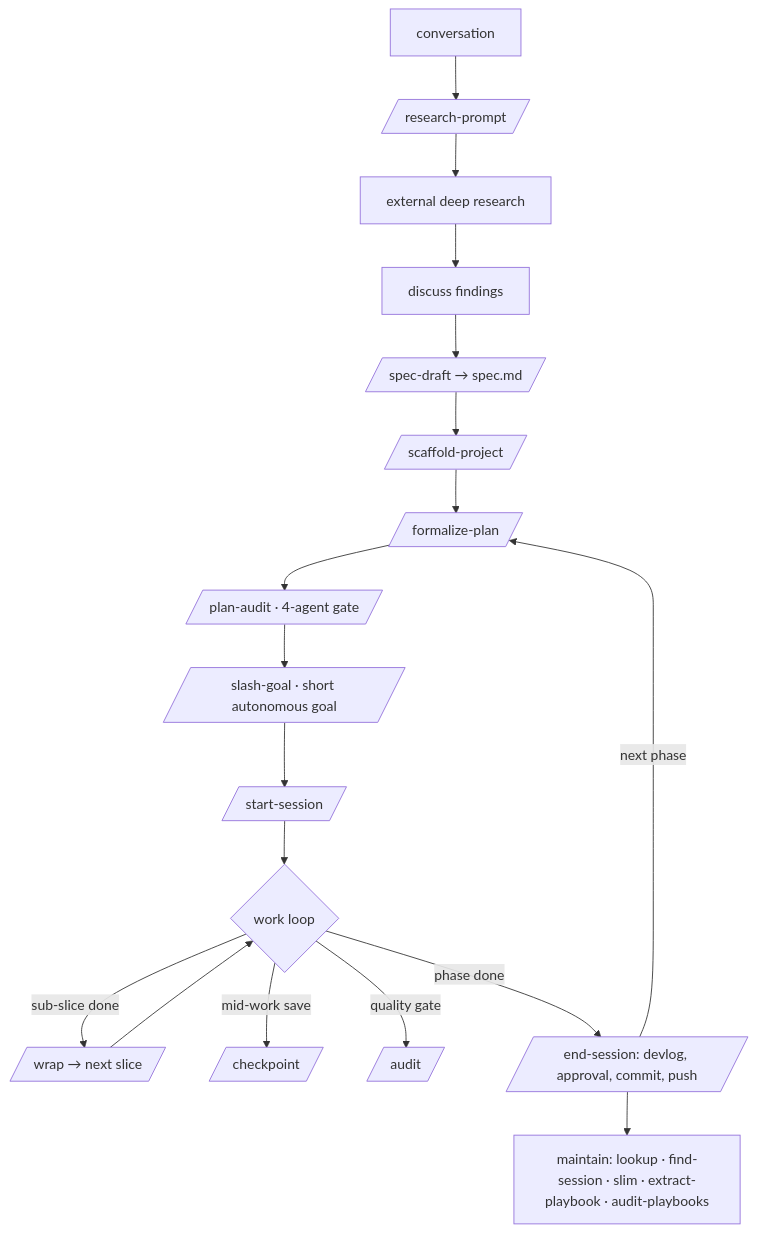
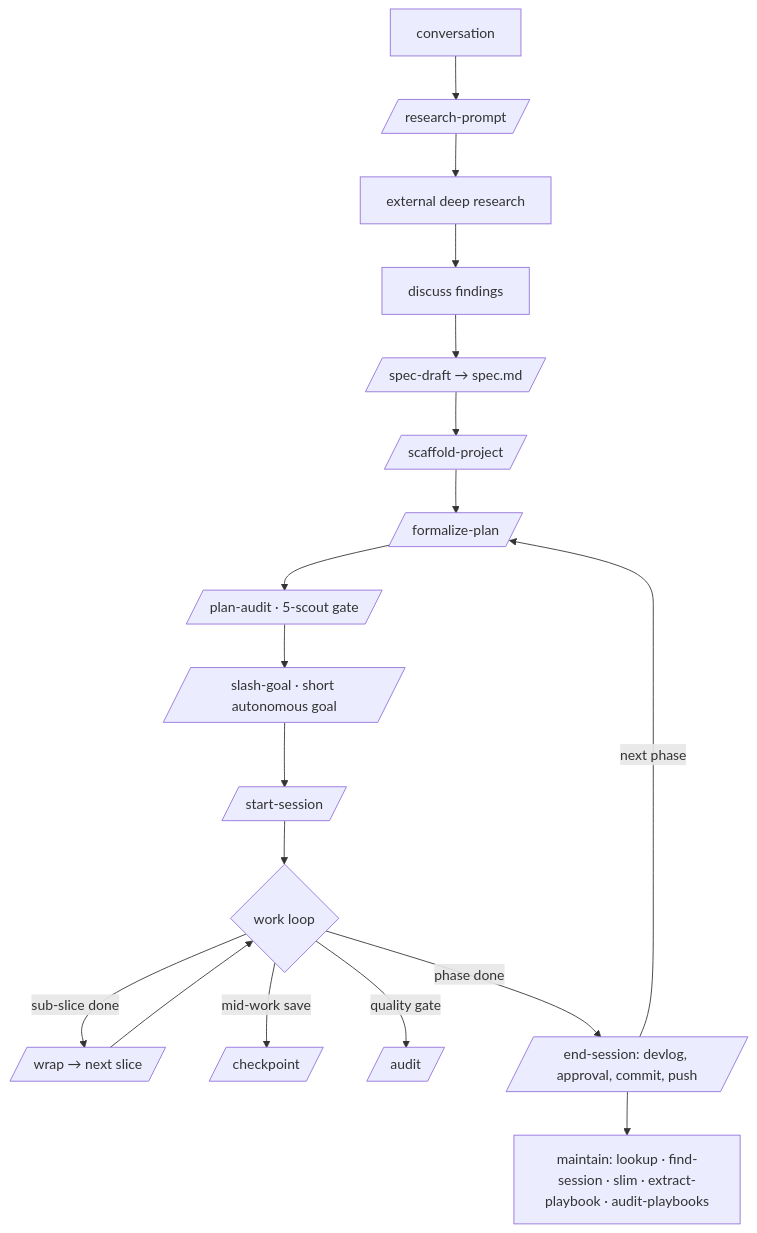
The diagram in AGENTS.md (ood-labs/agent-workflow-bundle), drawn with Mermaid before and after one commit. The commit also changed other lines of this file and 3 other files, not shown here.

Commit message:
docs: /plan-audit is five scouts, /audit three, and the bundle has a test suite

````diff
--- a/AGENTS.md
+++ b/AGENTS.md
@@ -97,19 +97,19 @@
 ```mermaid
 flowchart TD
   A[conversation] --> B[/research-prompt/]
   B --> C[external deep research] --> D[discuss findings]
   D --> E[/spec-draft → spec.md/]
   E --> F[/scaffold-project/]
   F --> G[/formalize-plan/]
-  G --> H[/plan-audit · 4-agent gate/]
+  G --> H[/plan-audit · 5-scout gate/]
   H --> I[/slash-goal · short autonomous goal/]
   I --> J[/start-session/]
   J --> K{work loop}
   K -->|sub-slice done| L[/wrap → next slice/]
   L --> K
   K -->|mid-work save| M[/checkpoint/]
   K -->|quality gate| N[/audit/]
   K -->|phase done| O[/end-session: devlog, approval, commit, push/]
   O -->|next phase| G
   O --> P[maintain: lookup · find-session · slim · extract-playbook · audit-playbooks]
 ```
````
